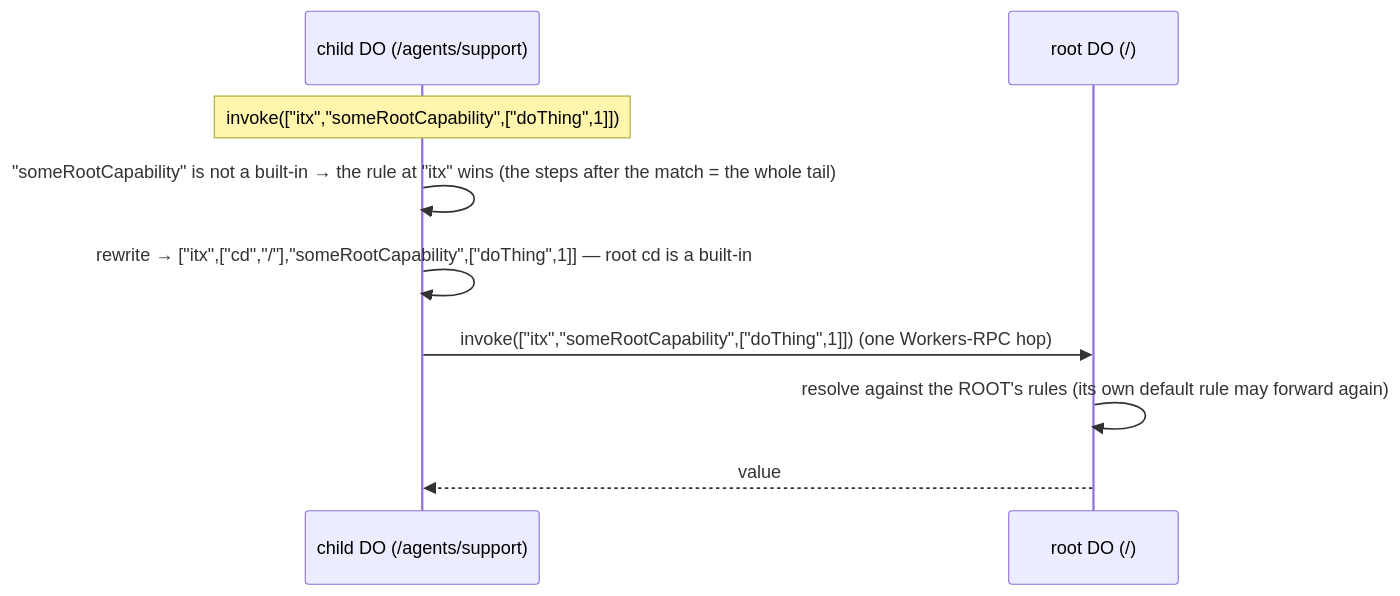
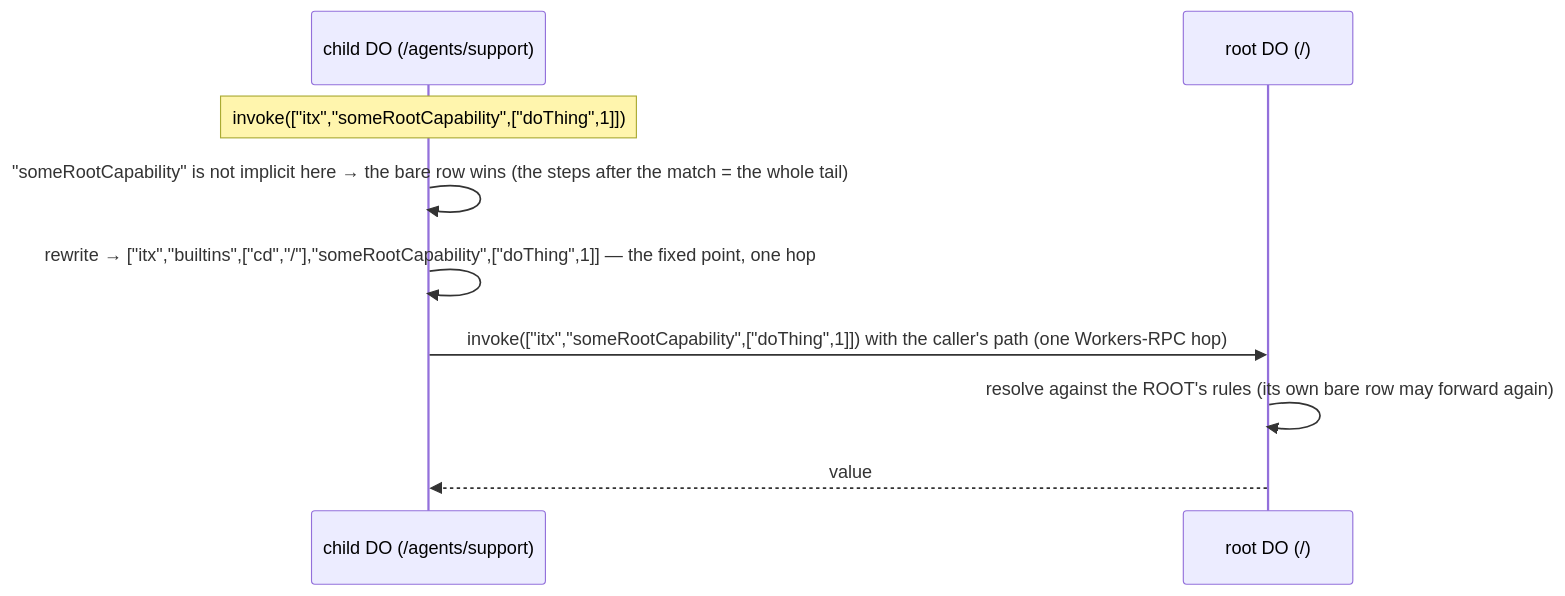
Before and after one commit to iterate/iterate: the fifth of 5 diagrams in apps/os-next/docs/clean-room-api-walkthrough.md, drawn with Mermaid. The commit also changed other lines of this file and 40 other files, not shown here.

````diff
--- a/apps/os-next/docs/clean-room-api-walkthrough.md
+++ b/apps/os-next/docs/clean-room-api-walkthrough.md
@@ -1660,11 +1703,11 @@
 ```mermaid
 sequenceDiagram
   participant C as child DO (/agents/support)
   participant R as root DO (/)
   Note over C: invoke(["itx","someRootCapability",["doThing",1]])
-  C->>C: "someRootCapability" is not a built-in → the rule at "itx" wins (the steps after the match = the whole tail)
-  C->>C: rewrite → ["itx",["cd","/"],"someRootCapability",["doThing",1]] — root cd is a built-in
-  C->>R: invoke(["itx","someRootCapability",["doThing",1]])   (one Workers-RPC hop)
-  R->>R: resolve against the ROOT's rules (its own default rule may forward again)
+  C->>C: "someRootCapability" is not implicit here → the bare row wins (the steps after the match = the whole tail)
+  C->>C: rewrite → ["itx","builtins",["cd","/"],"someRootCapability",["doThing",1]] — the fixed point, one hop
+  C->>R: invoke(["itx","someRootCapability",["doThing",1]]) with the caller's path   (one Workers-RPC hop)
+  R->>R: resolve against the ROOT's rules (its own bare row may forward again)
   R-->>C: value
 ```
````
